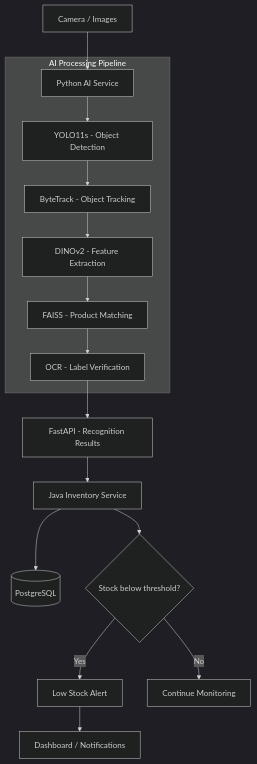
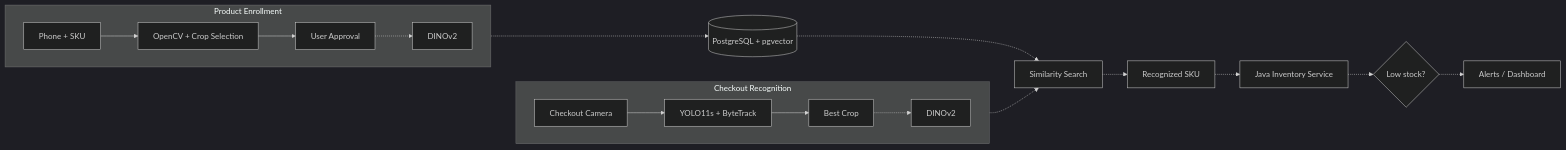
The first of 2 diagrams in ai-service/README.md (sunnydineva/product-recognition), drawn with Mermaid (dark theme) before and after one commit. The commit also changed other lines of this file and 22 other files, not shown here.

First line of the commit message:
**[ai-service] feat(enrollment): implement product enrollment workflow**

````diff
--- a/ai-service/README.md
+++ b/ai-service/README.md
@@ -9,23 +9,24 @@
 ```mermaid
-flowchart TD
-    A["Camera / Images"] --> B["Python AI Service"]
-
-    subgraph AI["AI Processing Pipeline"]
-        B --> C["YOLO11s - Object Detection"]
-        C --> D["ByteTrack - Object Tracking"]
-        D --> E["DINOv2 - Feature Extraction"]
-        E --> F["FAISS - Product Matching"]
-        F --> G["OCR - Label Verification"]
+flowchart LR
+    subgraph EN["Product Enrollment"]
+        direction LR
+        A["Phone + SKU"] --> B["OpenCV + Crop Selection"]
+        B --> C["User Approval"]
+        C -.-> D["DINOv2"]
     end
 
-    G --> H["FastAPI - Recognition Results"]
-    H --> I["Java Inventory Service"]
+    subgraph RE["Checkout Recognition"]
+        direction LR
+        E["Checkout Camera"] --> F["YOLO11s + ByteTrack"]
+        F --> G["Best Crop"]
+        G -.-> H["DINOv2"]
+    end
 
-    I --> J[("PostgreSQL")]
-    I --> K{"Stock below threshold?"}
-
-    K -->|Yes| L["Low Stock Alert"]
-    K -->|No| M["Continue Monitoring"]
-
-    L --> N["Dashboard / Notifications"]
+    D -.-> DB[("PostgreSQL + pgvector")]
+    H -.-> S["Similarity Search"]
+    DB -.-> S
+    S -.-> SKU["Recognized SKU"]
+    SKU -.-> JAVA["Java Inventory Service"]
+    JAVA -.-> STOCK{"Low stock?"}
+    STOCK -.-> ALERT["Alerts / Dashboard"]
 ```
````
